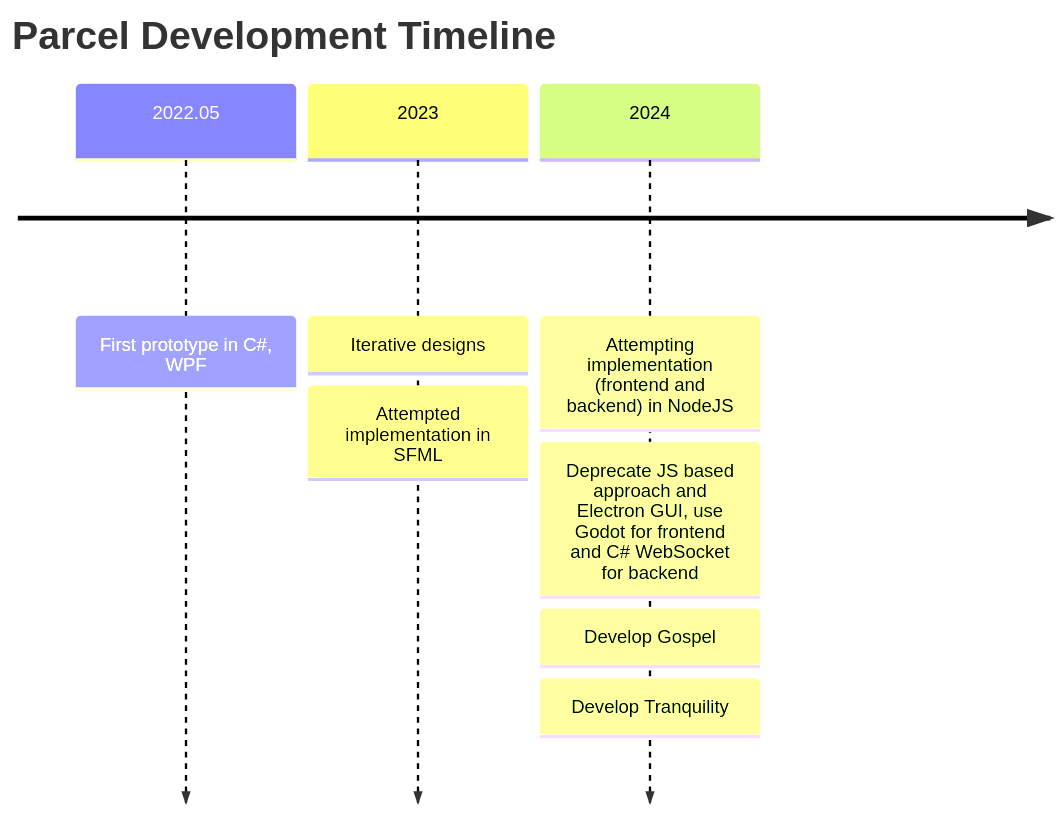
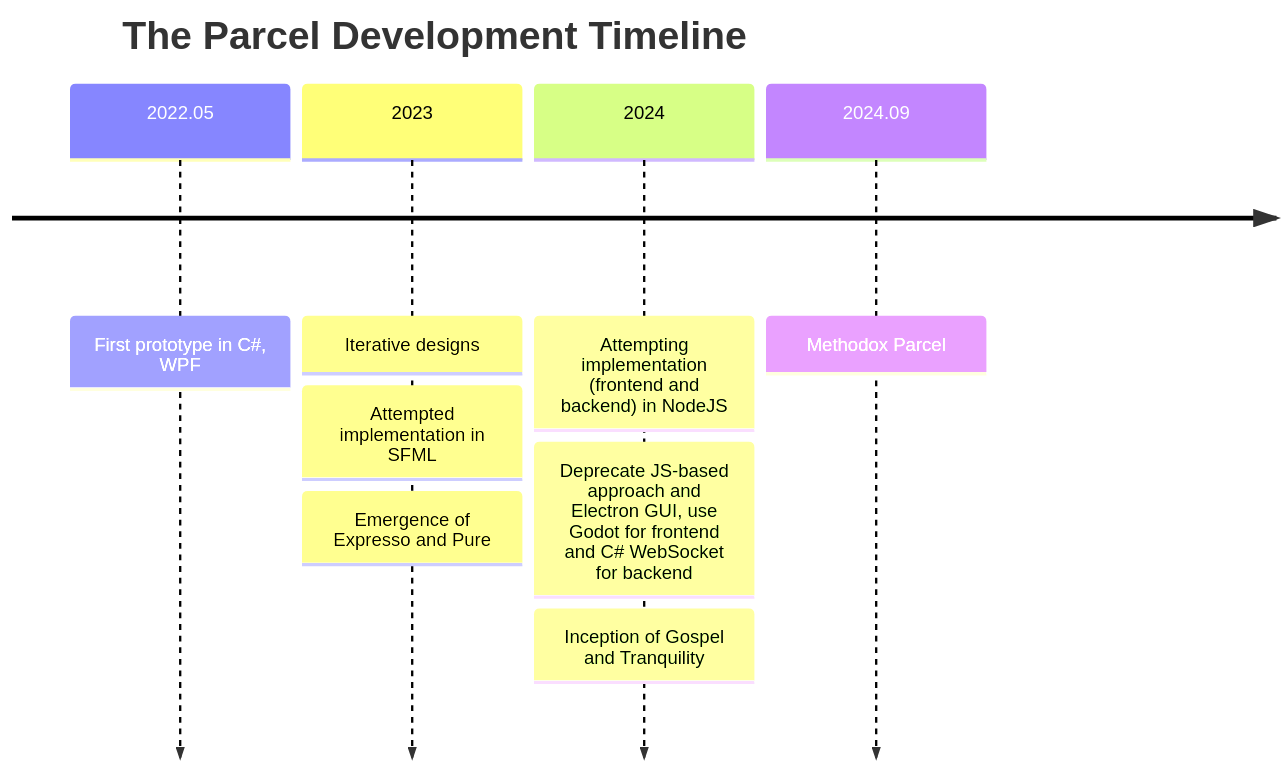
Before and after one commit to Parcel-NExT/Parcel_NExT: the diagram in README.md, drawn with Mermaid. The commit also changed other lines of this file and 5 other files, not shown here.

````diff
--- a/README.md
+++ b/README.md
@@ -5,14 +7,16 @@
 ```mermaid
 timeline
-title Parcel Development Timeline
+title The Parcel Development Timeline
     2022.05
         : First prototype in C#, WPF
     2023
         : Iterative designs
         : Attempted implementation in SFML
+        : Emergence of Expresso and Pure
     2024
         : Attempting implementation (frontend and backend) in NodeJS
-        : Deprecate JS based approach and Electron GUI, use Godot for frontend and C# WebSocket for backend
-        : Develop Gospel
-        : Develop Tranquility
+        : Deprecate JS-based approach and Electron GUI, use Godot for frontend and C# WebSocket for backend
+        : Inception of Gospel and Tranquility
+    2024.09
+        : Methodox Parcel
 ```
````
